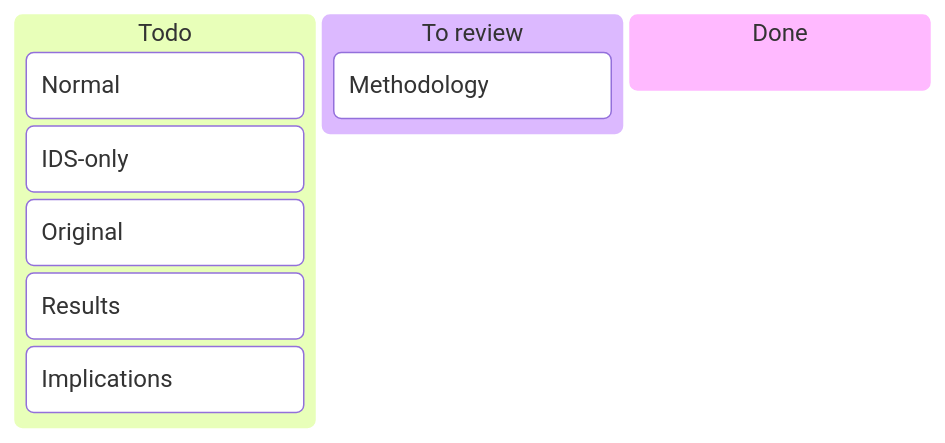
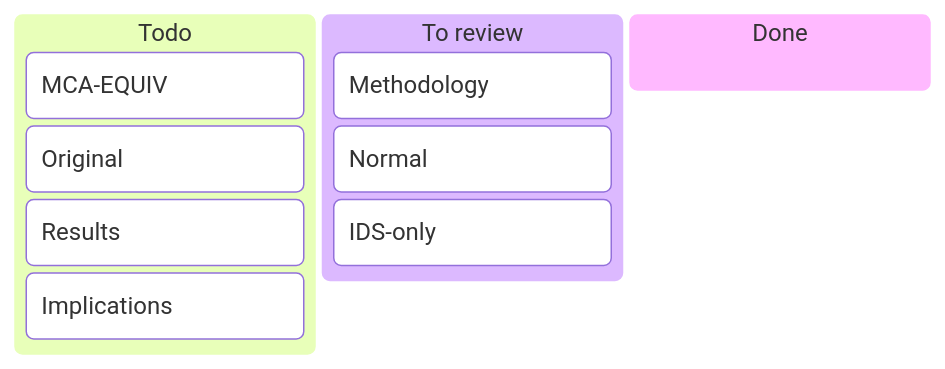
The second of 2 diagrams in README.md (onlyidev/bachelor.thesis), drawn with Mermaid before and after one commit. The commit also changed 23 other files, not shown here.

Commit message:
feat(chap-3): Add 4th experiment - MCA-only classification

````diff
--- a/README.md
+++ b/README.md
@@ -16,13 +16,14 @@
 ```mermaid
 kanban
 todo["Todo"]
- Normal
- IDS-only
+ MCA-EQUIV
  Original
  Results
  Implications
 
 review["To review"]
  Methodology
+ Normal
+ IDS-only
 done["Done"]
 ```
````
